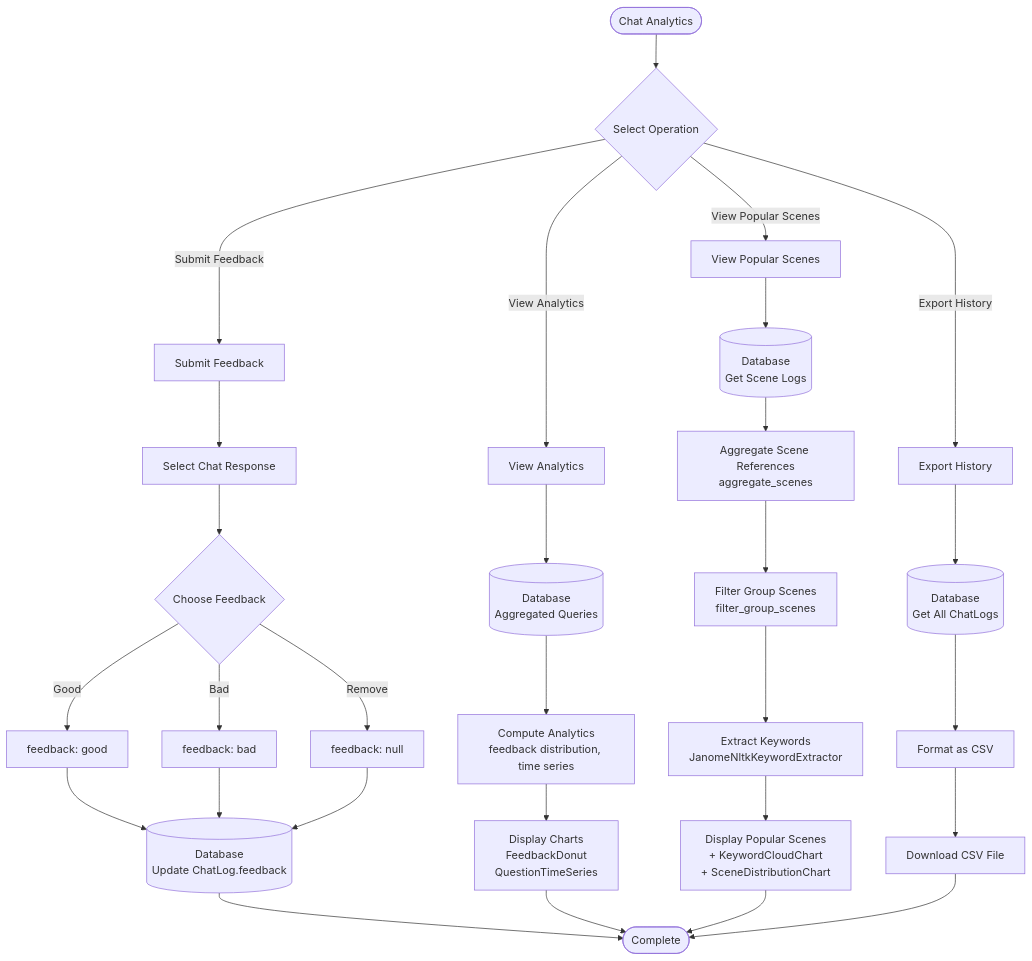
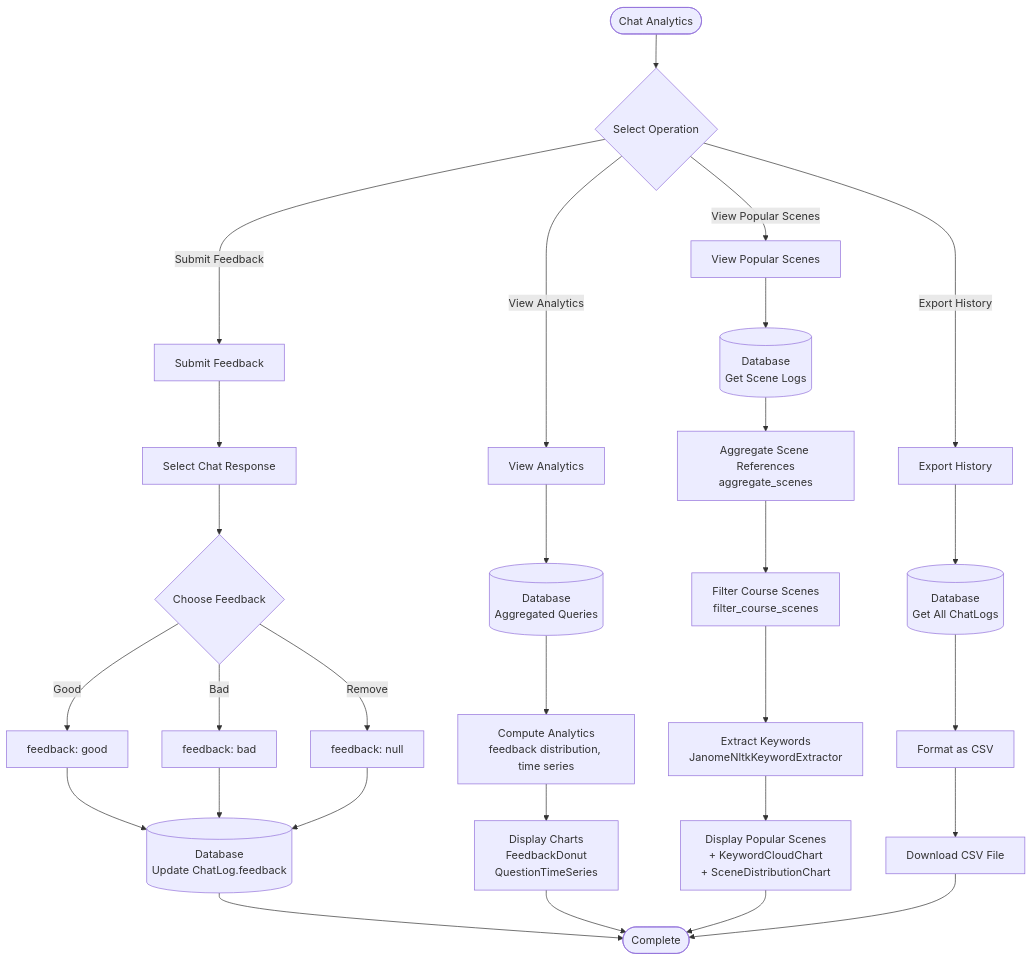
One commit to yukiharada1228/videoq changed diagram 11 of 11 in docs/architecture/flowchart.md. Above: the diagram before and after it, drawn with Mermaid. The commit also changed other lines of this file and 140 other files, not shown here.

````diff
--- a/docs/architecture/flowchart.md
+++ b/docs/architecture/flowchart.md
@@ -424,35 +424,35 @@
 ```mermaid
 flowchart TD
     Start([Chat Analytics]) --> Action{Select Operation}
     Action -->|Submit Feedback| SubmitFeedback[Submit Feedback]
     Action -->|View Analytics| ViewAnalytics[View Analytics]
     Action -->|View Popular Scenes| ViewScenes[View Popular Scenes]
     Action -->|Export History| ExportHistory[Export History]
 
     SubmitFeedback --> SelectResponse[Select Chat Response]
     SelectResponse --> ChooseFeedback{Choose Feedback}
     ChooseFeedback -->|Good| SetGood[feedback: good]
     ChooseFeedback -->|Bad| SetBad[feedback: bad]
     ChooseFeedback -->|Remove| ClearFeedback[feedback: null]
     SetGood --> SaveFeedback[(Database<br/>Update ChatLog.feedback)]
     SetBad --> SaveFeedback
     ClearFeedback --> SaveFeedback
     SaveFeedback --> End([Complete])
 
     ViewAnalytics --> FetchRawData[(Database<br/>Aggregated Queries)]
     FetchRawData --> ComputeMetrics[Compute Analytics<br/>feedback distribution, time series]
     ComputeMetrics --> DisplayCharts[Display Charts<br/>FeedbackDonut<br/>QuestionTimeSeries]
     DisplayCharts --> End
 
     ViewScenes --> FetchSceneLogs[(Database<br/>Get Scene Logs)]
     FetchSceneLogs --> AggregateScenes[Aggregate Scene References<br/>aggregate_scenes]
-    AggregateScenes --> FilterScenes[Filter Group Scenes<br/>filter_group_scenes]
+    AggregateScenes --> FilterScenes[Filter Course Scenes<br/>filter_course_scenes]
     FilterScenes --> ExtractKeywords[Extract Keywords<br/>JanomeNltkKeywordExtractor]
     ExtractKeywords --> DisplayScenes[Display Popular Scenes<br/>+ KeywordCloudChart<br/>+ SceneDistributionChart]
     DisplayScenes --> End
 
     ExportHistory --> FetchAllLogs[(Database<br/>Get All ChatLogs)]
     FetchAllLogs --> FormatCSV[Format as CSV]
     FormatCSV --> DownloadCSV[Download CSV File]
     DownloadCSV --> End
 ```
````
